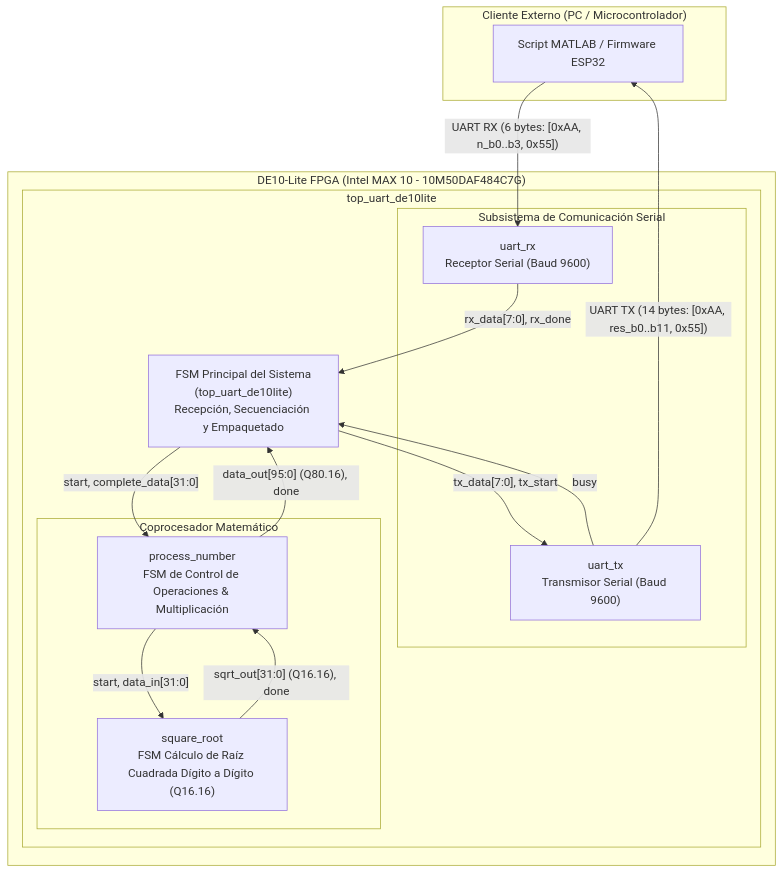
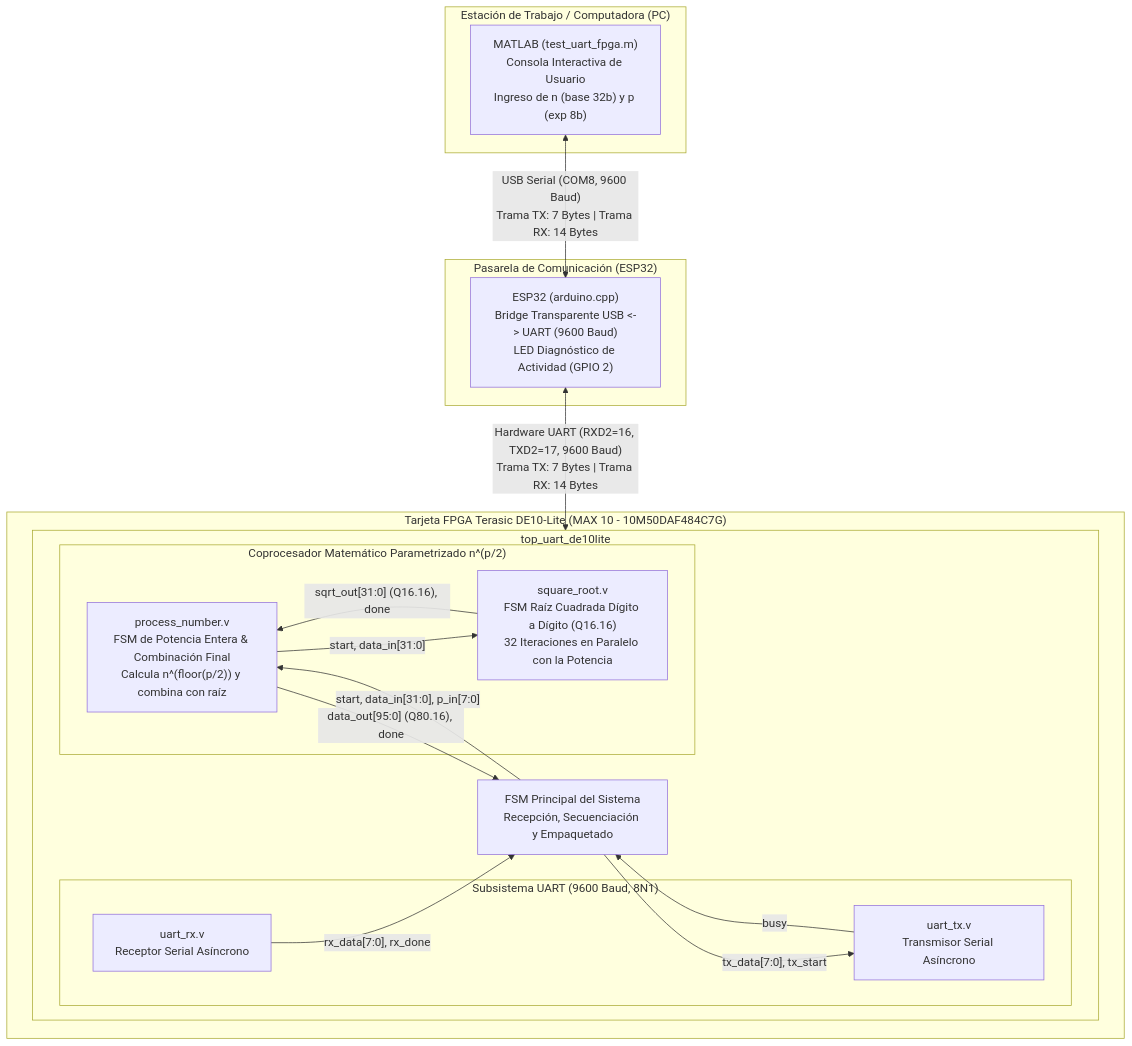
One commit to azu-any/SE-P4-UART changed the first of 6 diagrams in README.md. Above: the diagram before and after it, drawn with Mermaid. The commit also changed other lines of this file, not shown here.

````diff
--- a/README.md
+++ b/README.md
@@ -21,32 +27,37 @@
 ```mermaid
 flowchart TD
-    subgraph Host["Cliente Externo (PC / Microcontrolador)"]
-        CLIENT["Script MATLAB / Firmware ESP32"]
+    subgraph PC["Estación de Trabajo / Computadora (PC)"]
+        MATLAB["MATLAB (test_uart_fpga.m)\nConsola Interactiva de Usuario\nIngreso de n (base 32b) y p (exp 8b)"]
     end
 
-    subgraph FPGA["DE10-Lite FPGA (Intel MAX 10 - 10M50DAF484C7G)"]
+    subgraph BRIDGE["Pasarela de Comunicación (ESP32)"]
+        ESP32["ESP32 (arduino.cpp)\nBridge Transparente USB <-> UART (9600 Baud)\nLED Diagnóstico de Actividad (GPIO 2)"]
+    end
+
+    subgraph FPGA_DE10["Tarjeta FPGA Terasic DE10-Lite (MAX 10 - 10M50DAF484C7G)"]
         subgraph TOP["top_uart_de10lite"]
-            FSM_TOP["FSM Principal del Sistema\n(top_uart_de10lite)\nRecepción, Secuenciación y Empaquetado"]
+            FSM_TOP["FSM Principal del Sistema\nRecepción, Secuenciación y Empaquetado"]
             
-            subgraph UART_SUBSYSTEM["Subsistema de Comunicación Serial"]
-                RX["uart_rx\nReceptor Serial (Baud 9600)"]
-                TX["uart_tx\nTransmisor Serial (Baud 9600)"]
+            subgraph UART_CORE["Subsistema UART (9600 Baud, 8N1)"]
+                RX["uart_rx.v\nReceptor Serial Asíncrono"]
+                TX["uart_tx.v\nTransmisor Serial Asíncrono"]
             end
             
-            subgraph COPROCESSOR["Coprocesador Matemático"]
-                PN["process_number\nFSM de Control de Operaciones & Multiplicación"]
-                SQRT["square_root\nFSM Cálculo de Raíz Cuadrada Dígito a Dígito (Q16.16)"]
+            subgraph COPROCESSOR["Coprocesador Matemático Parametrizado n^(p/2)"]
+                PN["process_number.v\nFSM de Potencia Entera & Combinación Final\nCalcula n^(floor(p/2)) y combina con raíz"]
+                SQRT["square_root.v\nFSM Raíz Cuadrada Dígito a Dígito (Q16.16)\n32 Iteraciones en Paralelo con la Potencia"]
             end
         end
     end
 
-    CLIENT -->|"UART RX (6 bytes: [0xAA, n_b0..b3, 0x55])"| RX
+    MATLAB <-->|"USB Serial (COM8, 9600 Baud)\nTrama TX: 7 Bytes | Trama RX: 14 Bytes"| ESP32
+    ESP32 <-->|"Hardware UART (RXD2=16, TXD2=17, 9600 Baud)\nTrama TX: 7 Bytes | Trama RX: 14 Bytes"| TOP
+    
     RX -->|"rx_data[7:0], rx_done"| FSM_TOP
-    FSM_TOP -->|"start, complete_data[31:0]"| PN
+    FSM_TOP -->|"start, data_in[31:0], p_in[7:0]"| PN
     PN -->|"start, data_in[31:0]"| SQRT
     SQRT -->|"sqrt_out[31:0] (Q16.16), done"| PN
     PN -->|"data_out[95:0] (Q80.16), done"| FSM_TOP
     FSM_TOP -->|"tx_data[7:0], tx_start"| TX
     TX -->|"busy"| FSM_TOP
-    TX -->|"UART TX (14 bytes: [0xAA, res_b0..b11, 0x55])"| CLIENT
 ```
````
